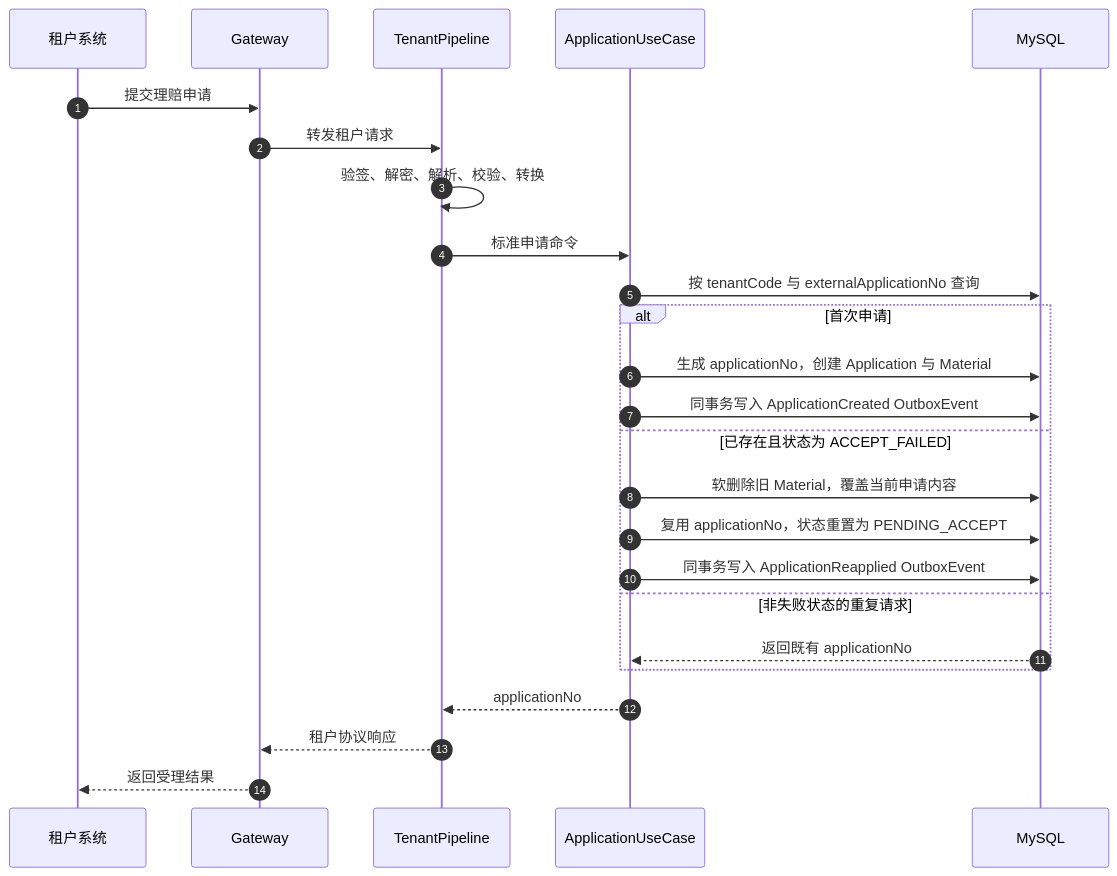
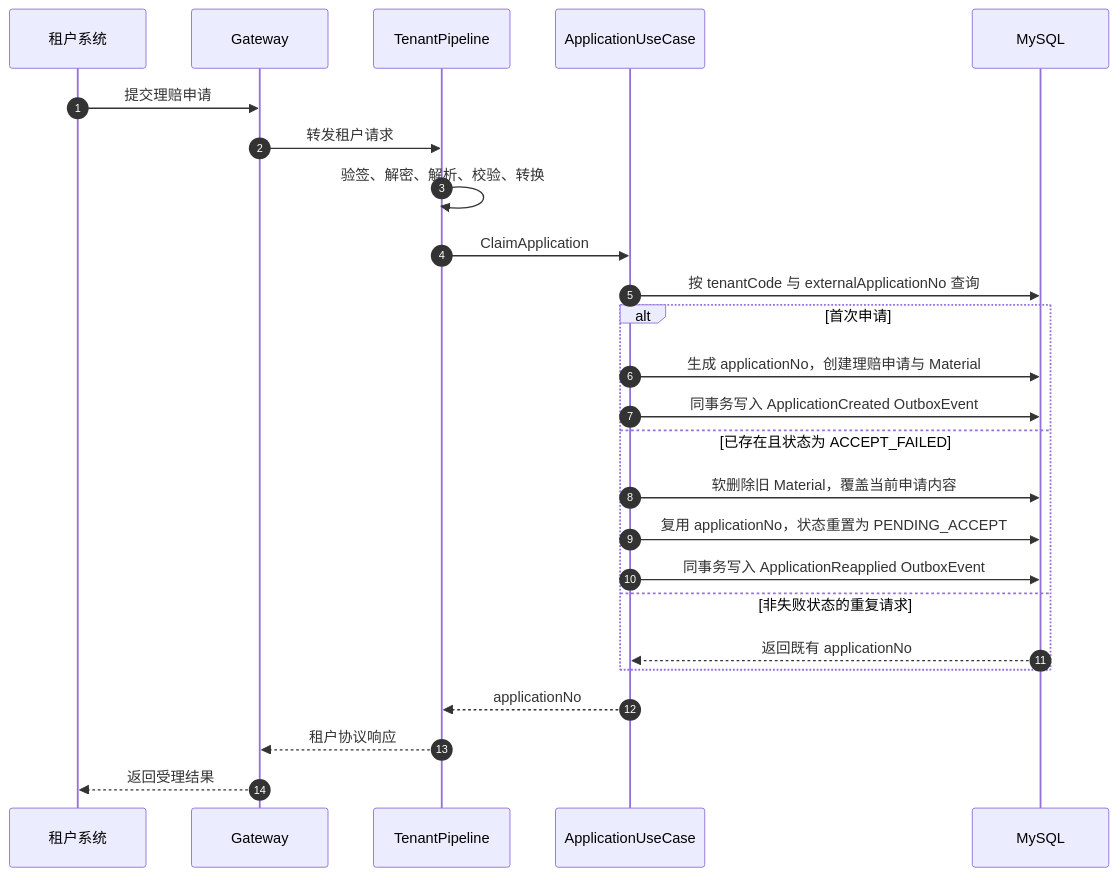
The fifth of 10 diagrams in docs/architecture/claim-application-architecture.md (wangguangwu/claim-integration-platform), drawn with Mermaid before and after one commit. The commit also changed other lines of this file and 299 other files, not shown here.

````diff
--- a/docs/architecture/claim-application-architecture.md
+++ b/docs/architecture/claim-application-architecture.md
@@ -266,30 +273,30 @@
 ```mermaid
 sequenceDiagram
     autonumber
     participant T as 租户系统
     participant G as Gateway
     participant A as TenantPipeline
     participant U as ApplicationUseCase
     participant DB as MySQL
 
     T->>G: 提交理赔申请
     G->>A: 转发租户请求
     A->>A: 验签、解密、解析、校验、转换
-    A->>U: 标准申请命令
+    A->>U: ClaimApplication
     U->>DB: 按 tenantCode 与 externalApplicationNo 查询
 
     alt 首次申请
-        U->>DB: 生成 applicationNo，创建 Application 与 Material
+        U->>DB: 生成 applicationNo，创建理赔申请与 Material
         U->>DB: 同事务写入 ApplicationCreated OutboxEvent
     else 已存在且状态为 ACCEPT_FAILED
         U->>DB: 软删除旧 Material，覆盖当前申请内容
         U->>DB: 复用 applicationNo，状态重置为 PENDING_ACCEPT
         U->>DB: 同事务写入 ApplicationReapplied OutboxEvent
     else 非失败状态的重复请求
         DB-->>U: 返回既有 applicationNo
     end
 
     U-->>A: applicationNo
     A-->>G: 租户协议响应
     G-->>T: 返回受理结果
 ```
````
